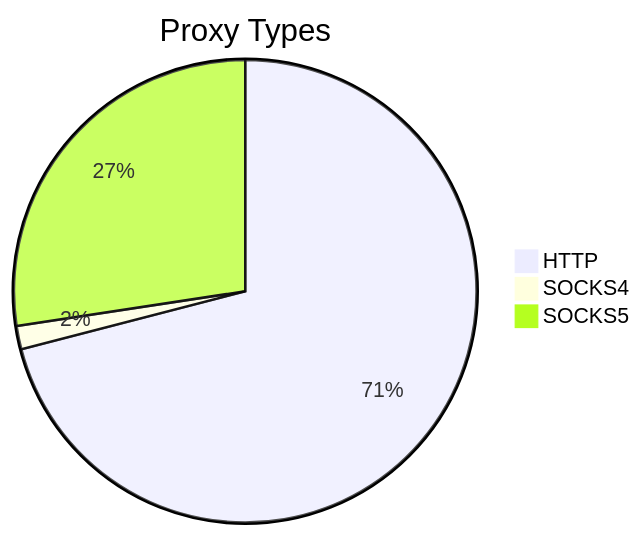
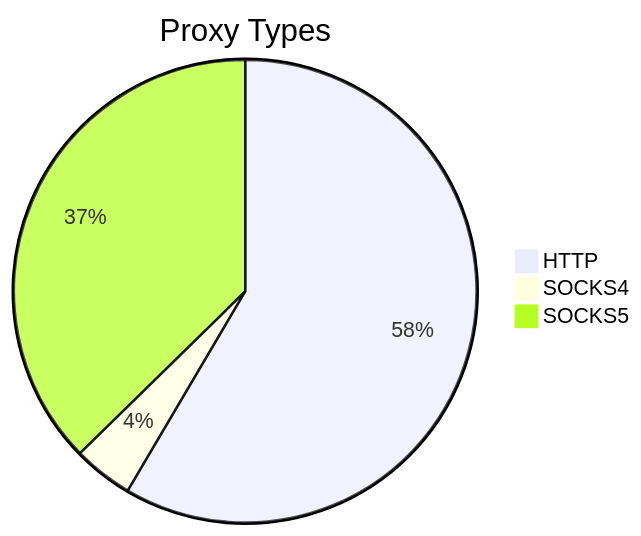
Before and after one commit to stormsia/proxy-list: the first of 2 diagrams in README.md, drawn with Mermaid. The commit also changed other lines of this file, not shown here.

````diff
--- a/README.md
+++ b/README.md
@@ -21,6 +21,6 @@
 ```mermaid
 pie title Proxy Types
-    "HTTP" : 826
-    "SOCKS4" : 19
-    "SOCKS5" : 319
+    "HTTP" : 838
+    "SOCKS4" : 60
+    "SOCKS5" : 535
 ```
````
